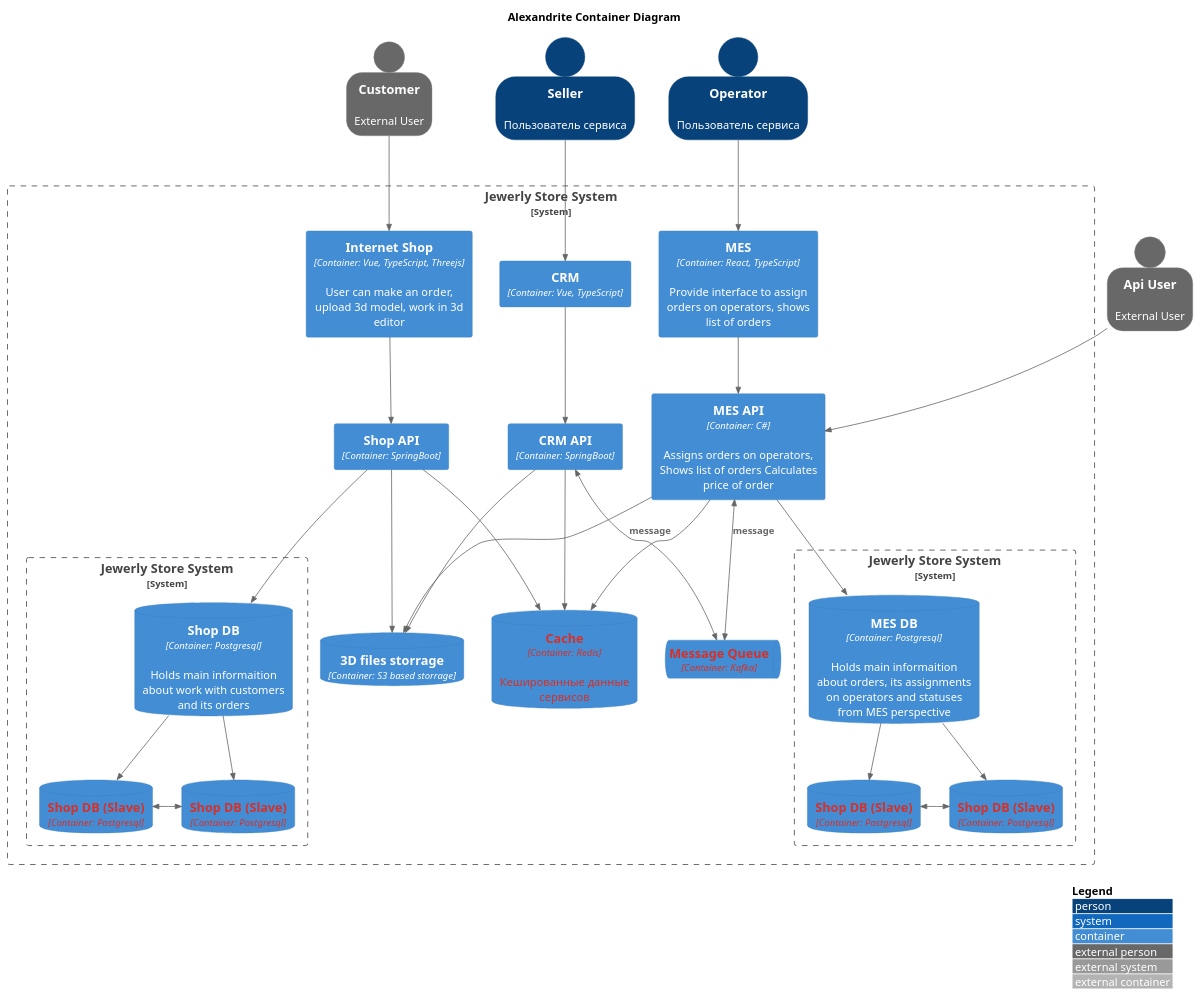
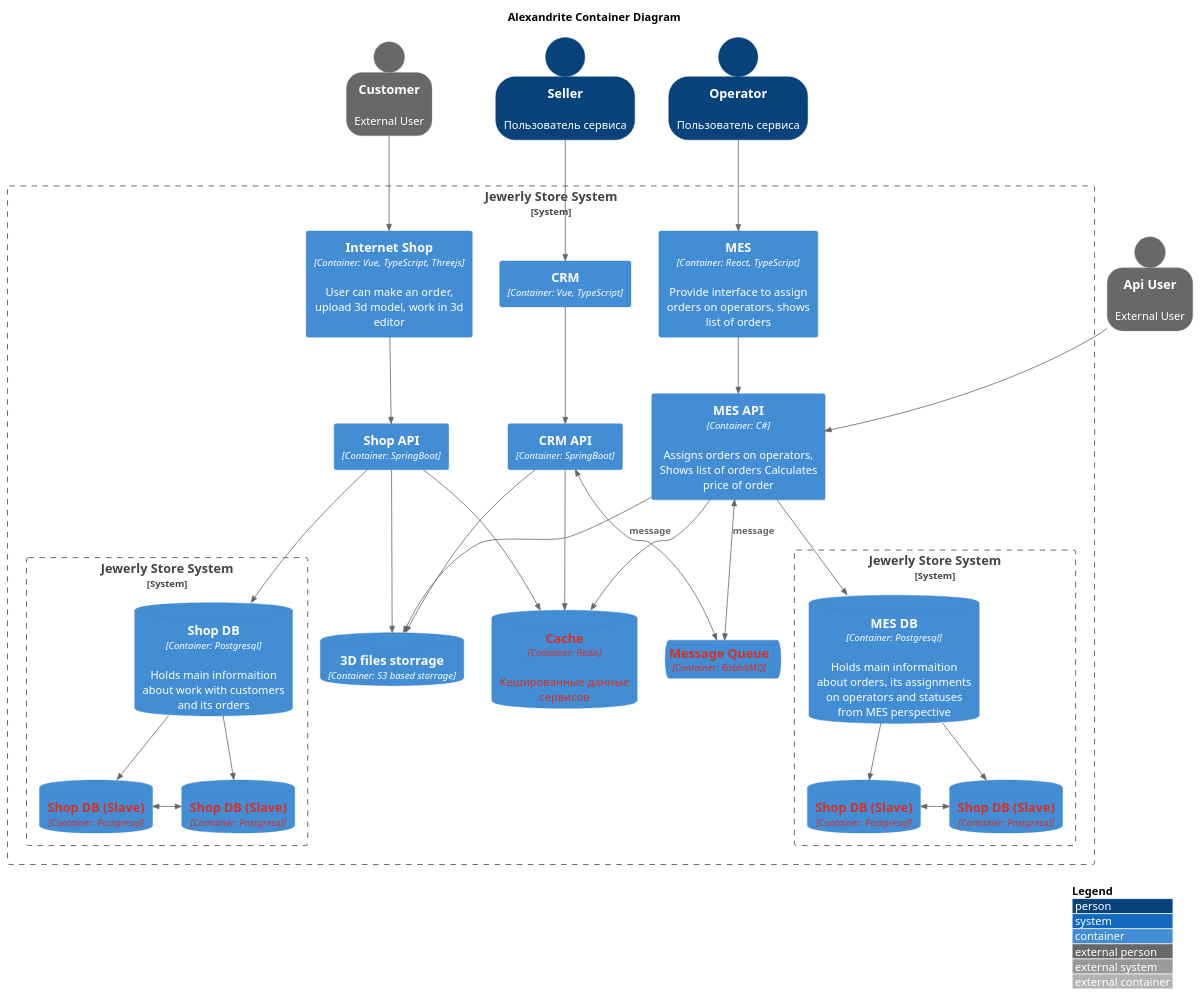
Before and after one commit to AlexanderSkySych/architecture-alexandrite: the diagram in Task1/alexandrite_container.puml, drawn with PlantUML. The commit also changed 5 other files, not shown here.

Commit message:
Fix kafka message queue

```diff
--- a/Task1/alexandrite_container.puml
+++ b/Task1/alexandrite_container.puml
@@ -1,79 +1,79 @@
 @startuml
 !include C4_Container.puml
 
 AddElementTag("microService", $shape=EightSidedShape(), $bgColor="CornflowerBlue", $fontColor="white", $legendText="micro service\neight sided")
 AddElementTag("storage", $shape=RoundedBoxShape(), $bgColor="lightSkyBlue", $fontColor="white")
 AddElementTag("new_component", $fontColor="#d73027")
 
 SHOW_PERSON_OUTLINE()
 LAYOUT_TOP_DOWN()
 ' LAYOUT_AS_SKETCH()
 LAYOUT_WITH_LEGEND()
 
 title Alexandrite Container Diagram
 
 
 Person_Ext(user_customer, Customer, "External User")
 Person(user_seller, Seller, "Пользователь сервиса")
 Person_Ext(user_api, Api User, "External User")
 Person(user_operator, Operator, "Пользователь сервиса")
 
 System_Boundary(main, "Jewerly Store System") {
     Container(web_shop, "Internet Shop", "Container: Vue, TypeScript, Threejs", "User can make an order, upload 3d model, work in 3d editor")
     Container(web_crm, "CRM", "Container: Vue, TypeScript")
     Container(web_mes, "MES", "Container: React, TypeScript", "Provide interface to assign orders on operators, shows list of orders")
 
     Container(api_mes, "MES API", "Container: C#", "Assigns orders on operators, Shows list of orders Calculates price of order")
     Container(api_shop, "Shop API", "Container: SpringBoot")
     Container(api_crm, "CRM API", "Container: SpringBoot")
 
     System_Boundary(system_db_shop, "Jewerly Store System") {
         ContainerDb(db_shop, "Shop DB", "Container: Postgresql", "Holds main informaition about work with customers and its orders")
         ContainerDb(db_shop_slave_0, "Shop DB (Slave)", "Container: Postgresql", $tags="new_component")
         ContainerDb(db_shop_slave_1, "Shop DB (Slave)", "Container: Postgresql", $tags="new_component")
     }
 
     System_Boundary(system_db_mes, "Jewerly Store System") {
         ContainerDb(db_mes, "MES DB", "Container: Postgresql", "Holds main informaition about orders, its assignments on operators and statuses from MES perspective")
         ContainerDb(db_mes_slave_0, "Shop DB (Slave)", "Container: Postgresql", $tags="new_component")
         ContainerDb(db_mes_slave_1, "Shop DB (Slave)", "Container: Postgresql", $tags="new_component")
     }
 
     ContainerDb(db_3d, "3D files storrage", "Container: S3 based storrage")
     ContainerDb(db_cache, "Cache", "Container: Redis", "Кешированные данные сервисов", $tags="new_component")
 
-    ContainerQueue(queue_main, Message Queue, Container: Kafka, $tags="new_component")
+    ContainerQueue(queue_main, Message Queue, Container: RabbitMQ, $tags="new_component")
 }
 
 Rel(user_customer, web_shop, )
 Rel(user_seller, web_crm, )
 Rel(user_api, api_mes, )
 Rel(user_operator, web_mes, )
 
 Rel(web_shop, api_shop, )
 Rel(web_crm, api_crm, )
 Rel(web_mes, api_mes, )
 
 Rel(api_shop, db_shop, )
 Rel(api_mes, db_mes, )
 
 Rel(api_shop, db_3d, )
 Rel(api_crm, db_3d, )
 Rel(api_mes, db_3d, )
 
 Rel(api_shop, db_cache, )
 Rel(api_crm, db_cache, )
 Rel(api_mes, db_cache, )
 
 BiRel(api_crm, queue_main, "message")
 BiRel(api_mes, queue_main, "message")
 
 Rel(db_shop, db_shop_slave_0, )
 Rel(db_shop, db_shop_slave_1, )
 BiRel_Neighbor(db_shop_slave_0, db_shop_slave_1,)
 
 Rel(db_mes, db_mes_slave_0, )
 Rel(db_mes, db_mes_slave_1, )
 BiRel_Neighbor(db_mes_slave_0, db_mes_slave_1, )
 
 @enduml
```
